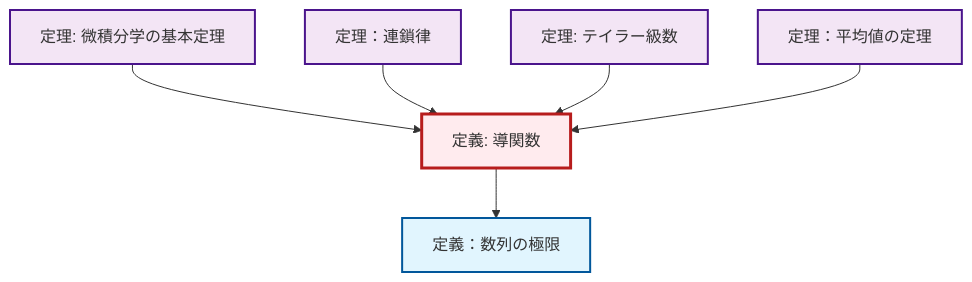
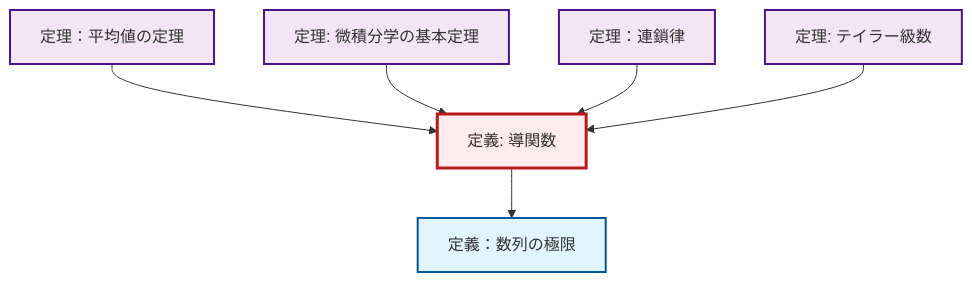
One commit to RK0429/ModernMath changed the second of 2 diagrams in content/ja/analysis/def-derivative.qmd. Above: the diagram before and after it, drawn with Mermaid. The commit also changed other lines of this file and 328 other files, not shown here.

````diff
--- a/content/ja/analysis/def-derivative.qmd
+++ b/content/ja/analysis/def-derivative.qmd
@@ -89,26 +89,26 @@
 ```{mermaid}
 %%| fig-cap: "ローカル依存関係グラフ"
 graph TD
     classDef definition fill:#e1f5fe,stroke:#01579b,stroke-width:2px
     classDef theorem fill:#f3e5f5,stroke:#4a148c,stroke-width:2px
     classDef axiom fill:#fff3e0,stroke:#e65100,stroke-width:2px
     classDef example fill:#e8f5e9,stroke:#1b5e20,stroke-width:2px
     classDef current fill:#ffebee,stroke:#b71c1c,stroke-width:3px
+    def-derivative["定義: 導関数"]:::definition
+    thm-chain-rule["定理：連鎖律"]:::theorem
+    thm-mean-value["定理：平均値の定理"]:::theorem
     def-limit["定義：数列の極限"]:::definition
-    thm-mean-value["定理：平均値の定理"]:::theorem
-    def-derivative["定義: 導関数"]:::definition
+    thm-taylor-series["定理: テイラー級数"]:::theorem
     thm-fundamental-calculus["定理: 微積分学の基本定理"]:::theorem
-    thm-taylor-series["定理: テイラー級数"]:::theorem
-    thm-chain-rule["定理：連鎖律"]:::theorem
-    def-derivative --> def-limit
+    thm-mean-value --> def-derivative
     thm-fundamental-calculus --> def-derivative
     thm-chain-rule --> def-derivative
     thm-taylor-series --> def-derivative
-    thm-mean-value --> def-derivative
+    def-derivative --> def-limit
     class def-derivative current
+    click thm-chain-rule "thm-chain-rule.html" "定理：連鎖律へ"
+    click thm-mean-value "thm-mean-value.html" "定理：平均値の定理へ"
     click def-limit "def-limit.html" "定義：数列の極限へ"
-    click thm-mean-value "thm-mean-value.html" "定理：平均値の定理へ"
+    click thm-taylor-series "thm-taylor-series.html" "テイラー級数の定理へ"
     click thm-fundamental-calculus "thm-fundamental-calculus.html" "微積分学の基本定理の定理へ"
-    click thm-taylor-series "thm-taylor-series.html" "テイラー級数の定理へ"
-    click thm-chain-rule "thm-chain-rule.html" "定理：連鎖律へ"
 ```
````
